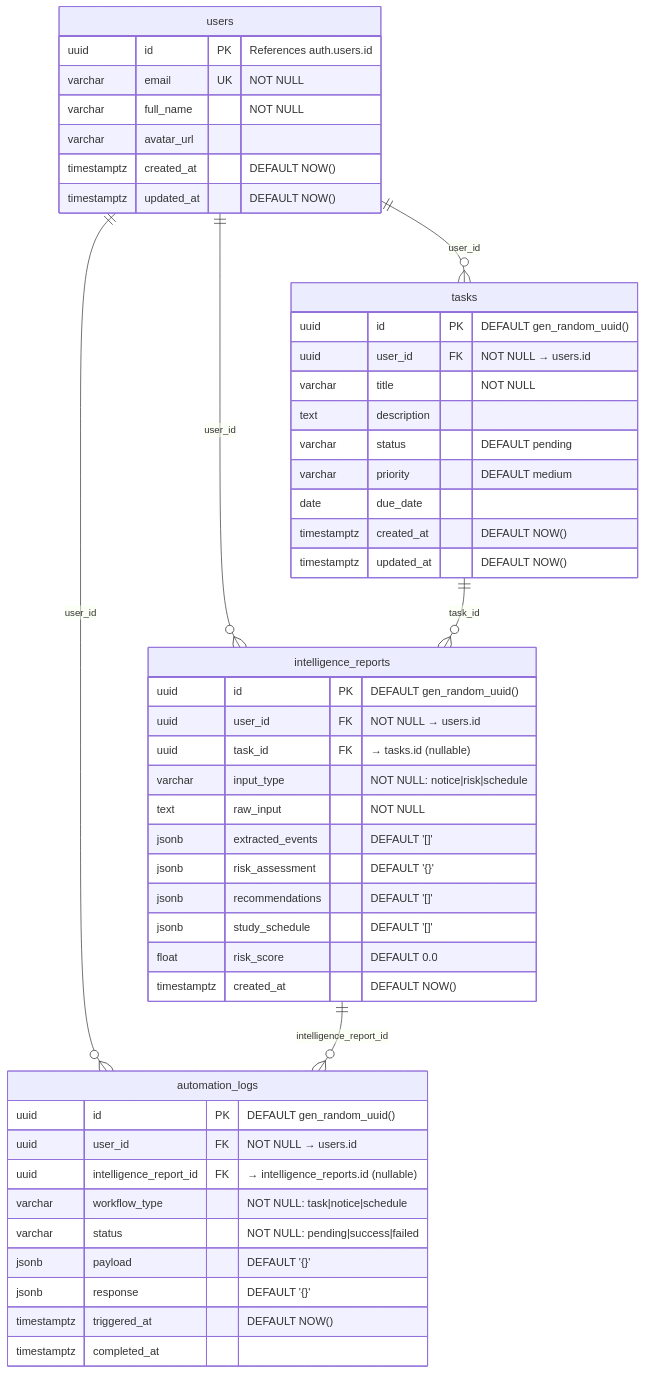
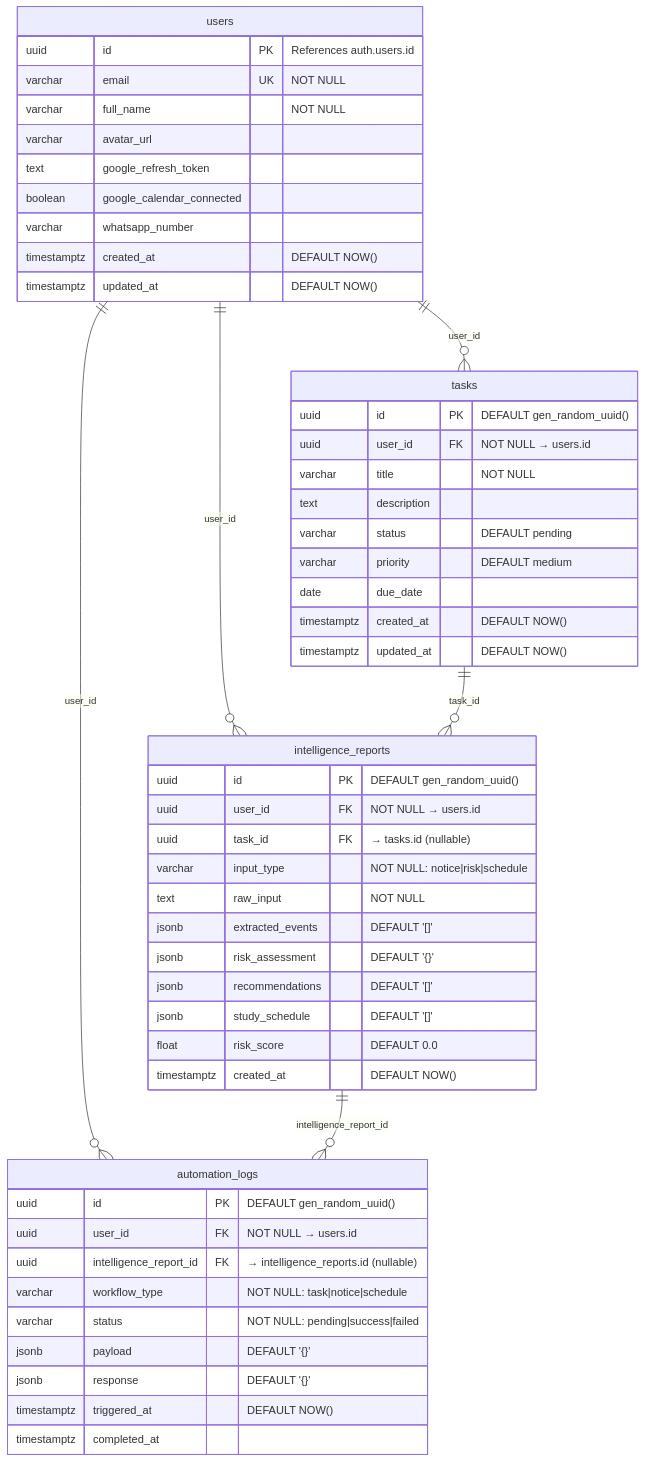
The diagram in docs/DATABASE.md (AdharshJolly/Academix), drawn with Mermaid before and after one commit. The commit also changed 28 other files, not shown here.

````diff
--- a/docs/DATABASE.md
+++ b/docs/DATABASE.md
@@ -23,55 +23,58 @@
 ```mermaid
 erDiagram
     users {
         uuid id PK "References auth.users.id"
         varchar email UK "NOT NULL"
         varchar full_name "NOT NULL"
         varchar avatar_url
+        text google_refresh_token
+        boolean google_calendar_connected
+        varchar whatsapp_number
         timestamptz created_at "DEFAULT NOW()"
         timestamptz updated_at "DEFAULT NOW()"
     }
 
     tasks {
         uuid id PK "DEFAULT gen_random_uuid()"
         uuid user_id FK "NOT NULL → users.id"
         varchar title "NOT NULL"
         text description
         varchar status "DEFAULT pending"
         varchar priority "DEFAULT medium"
         date due_date
         timestamptz created_at "DEFAULT NOW()"
         timestamptz updated_at "DEFAULT NOW()"
     }
 
     intelligence_reports {
         uuid id PK "DEFAULT gen_random_uuid()"
         uuid user_id FK "NOT NULL → users.id"
         uuid task_id FK "→ tasks.id (nullable)"
         varchar input_type "NOT NULL: notice|risk|schedule"
         text raw_input "NOT NULL"
         jsonb extracted_events "DEFAULT '[]'"
         jsonb risk_assessment "DEFAULT '{}'"
         jsonb recommendations "DEFAULT '[]'"
         jsonb study_schedule "DEFAULT '[]'"
         float risk_score "DEFAULT 0.0"
         timestamptz created_at "DEFAULT NOW()"
     }
 
     automation_logs {
         uuid id PK "DEFAULT gen_random_uuid()"
         uuid user_id FK "NOT NULL → users.id"
         uuid intelligence_report_id FK "→ intelligence_reports.id (nullable)"
         varchar workflow_type "NOT NULL: task|notice|schedule"
         varchar status "NOT NULL: pending|success|failed"
         jsonb payload "DEFAULT '{}'"
         jsonb response "DEFAULT '{}'"
         timestamptz triggered_at "DEFAULT NOW()"
         timestamptz completed_at
     }
 
     users ||--o{ tasks : "user_id"
     users ||--o{ intelligence_reports : "user_id"
     users ||--o{ automation_logs : "user_id"
     tasks ||--o{ intelligence_reports : "task_id"
     intelligence_reports ||--o{ automation_logs : "intelligence_report_id"
 ```
````
